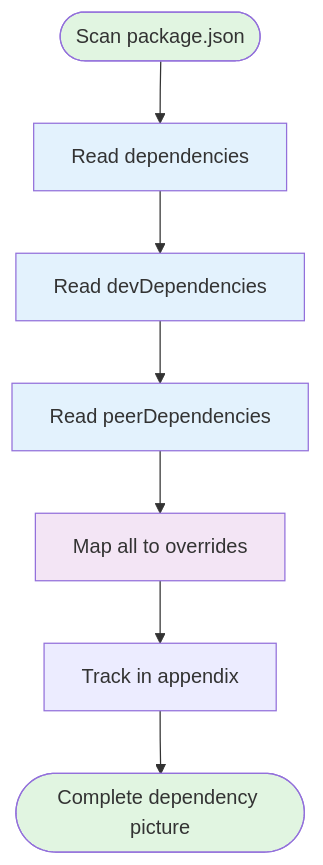
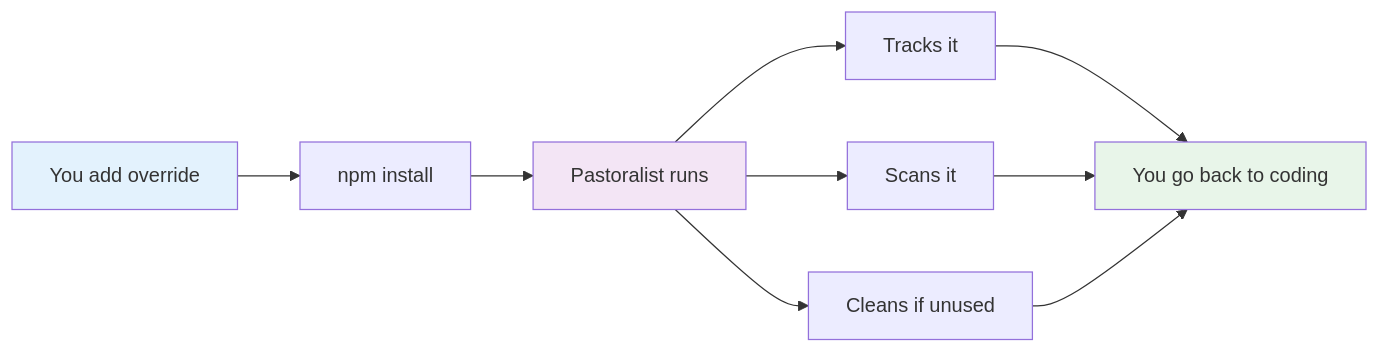
One commit to yowainwright/pastoralist changed the sixth of 6 diagrams in README.md. Above: the diagram before and after it, drawn with Mermaid. The commit also changed other lines of this file and 10 other files, not shown here.

````diff
--- a/README.md
+++ b/README.md
@@ -300,16 +285,15 @@
 ```mermaid
-flowchart TD
-    Start([Scan package.json]) --> Deps[Read dependencies]
-    Deps --> DevDeps[Read devDependencies]
-    DevDeps --> PeerDeps[Read peerDependencies]
-    PeerDeps --> Map[Map all to overrides]
-    Map --> Track[Track in appendix]
-    Track --> End([Complete dependency picture])
+flowchart LR
+    You[You add override] --> Install[npm install]
+    Install --> Pastor[Pastoralist runs]
+    Pastor --> Track[Tracks it]
+    Pastor --> Scan[Scans it]
+    Pastor --> Clean[Cleans if unused]
+    Track --> Chill[You go back to coding]
+    Scan --> Chill
+    Clean --> Chill
 
-    style Start fill:#e1f5e1
-    style End fill:#e1f5e1
-    style Deps fill:#e3f2fd
-    style DevDeps fill:#e3f2fd
-    style PeerDeps fill:#e3f2fd
-    style Map fill:#f3e5f5
+    style You fill:#e3f2fd
+    style Pastor fill:#f3e5f5
+    style Chill fill:#e8f5e9
 ```
````
